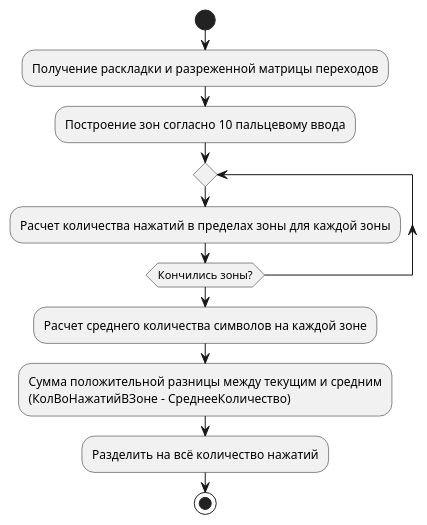
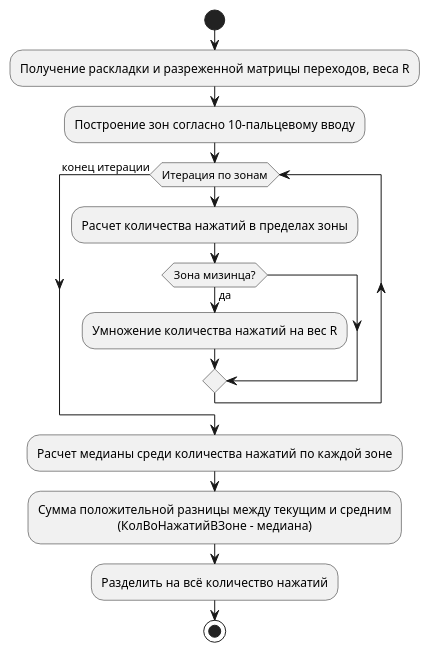
The diagram in Uniformity.puml (hexagramg/qwlayout), drawn with PlantUML before and after one commit. The commit also changed 7 other files, not shown here.

Commit message:
uml schematics added

```diff
--- a/Uniformity.puml
+++ b/Uniformity.puml
@@ -1,14 +1,18 @@
-@startuml
+@startuml Uniformity
+skinparam defaultTextAlignment center
 start
-:Получение раскладки и разреженной матрицы переходов;
-:Построение зон согласно 10 пальцевому ввода;
-repeat
-  :Расчет количества нажатий в пределах зоны для каждой зоны;
-repeat while (Кончились зоны?)
-:Расчет среднего количества символов на каждой зоне;
+:Получение раскладки и разреженной матрицы переходов, веса R;
+:Построение зон согласно 10-пальцевому вводу;
+while (Итерация по зонам)
+  :Расчет количества нажатий в пределах зоны;
+  if (Зона мизинца?) then (да)
+    :Умножение количества нажатий на вес R;
+  endif 
+endwhile (конец итерации)
+:Расчет медианы среди количества нажатий по каждой зоне;
 :Сумма положительной разницы между текущим и средним
-(КолВоНажатийВЗоне - СреднееКоличество);
+(КолВоНажатийВЗоне - медиана);
 :Разделить на всё количество нажатий;
 
 stop
 @enduml
```
